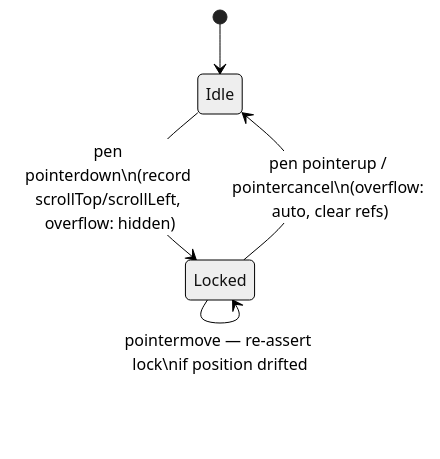
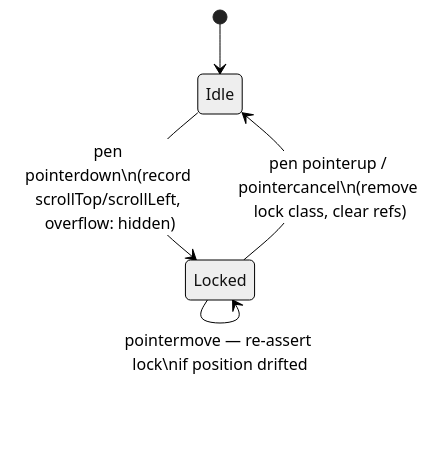
The third of 8 diagrams in docs/embed-scrolling.md (daledesilva/obsidian_ink), drawn with Mermaid (neutral theme) before and after one commit. The commit also changed other lines of this file and 11 other files, not shown here.

First line of the commit message:
fix: pen scroll-lock no longer reflows the note

````diff
--- a/docs/embed-scrolling.md
+++ b/docs/embed-scrolling.md
@@ -89,8 +89,8 @@
 ```mermaid
 stateDiagram-v2
     [*] --> Idle
     Idle --> Locked: pen pointerdown\n(record scrollTop/scrollLeft, overflow: hidden)
     Locked --> Locked: scroll event fires while pen is down\n(forcefully restore saved position)
     Locked --> Locked: pointermove — re-assert lock\nif position drifted
-    Locked --> Idle: pen pointerup / pointercancel\n(overflow: auto, clear refs)
+    Locked --> Idle: pen pointerup / pointercancel\n(remove lock class, clear refs)
 ```
````
